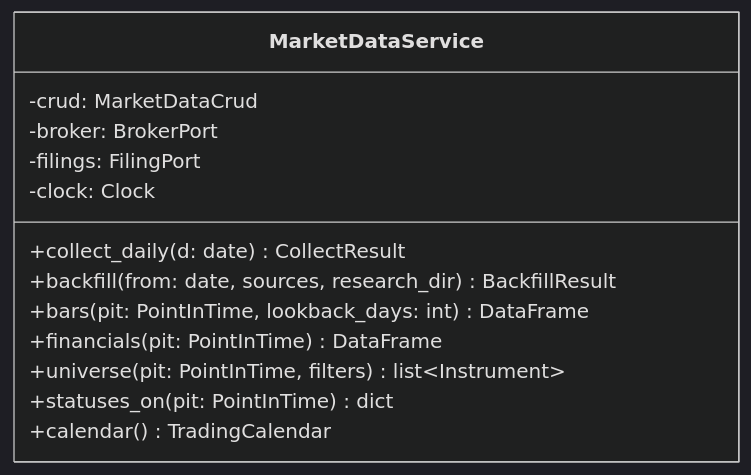
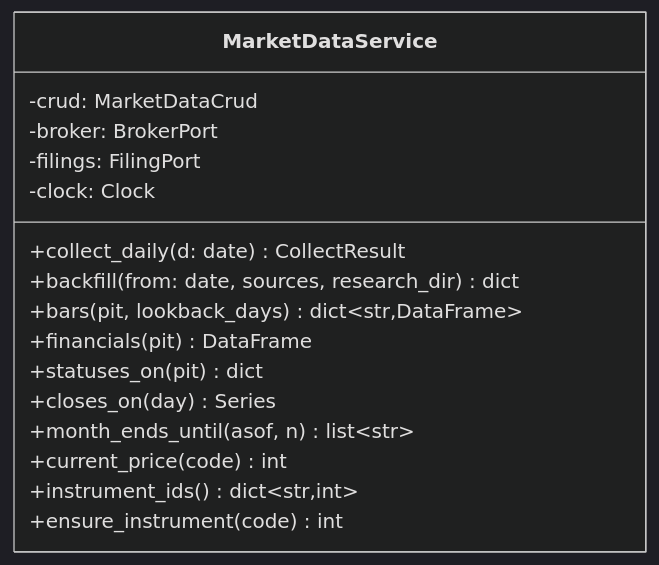
One commit to HoyoungParkme/quant-rebalance-bot changed the fourth of 17 diagrams in docs/specs/06-DOM/QBOT-DOM-002.md. Above: the diagram before and after it, drawn with Mermaid (dark theme). The commit also changed other lines of this file, not shown here.

````diff
--- a/docs/specs/06-DOM/QBOT-DOM-002.md
+++ b/docs/specs/06-DOM/QBOT-DOM-002.md
@@ -141,16 +148,19 @@
 ```mermaid
 classDiagram
   class MarketDataService {
     -crud: MarketDataCrud
     -broker: BrokerPort
     -filings: FilingPort
     -clock: Clock
     +collect_daily(d: date) CollectResult
-    +backfill(from: date, sources, research_dir) BackfillResult
-    +bars(pit: PointInTime, lookback_days: int) DataFrame
-    +financials(pit: PointInTime) DataFrame
-    +universe(pit: PointInTime, filters) list~Instrument~
-    +statuses_on(pit: PointInTime) dict
-    +calendar() TradingCalendar
+    +backfill(from: date, sources, research_dir) dict
+    +bars(pit, lookback_days) dict~str,DataFrame~
+    +financials(pit) DataFrame
+    +statuses_on(pit) dict
+    +closes_on(day) Series
+    +month_ends_until(asof, n) list~str~
+    +current_price(code) int
+    +instrument_ids() dict~str,int~
+    +ensure_instrument(code) int
   }
 ```
````
